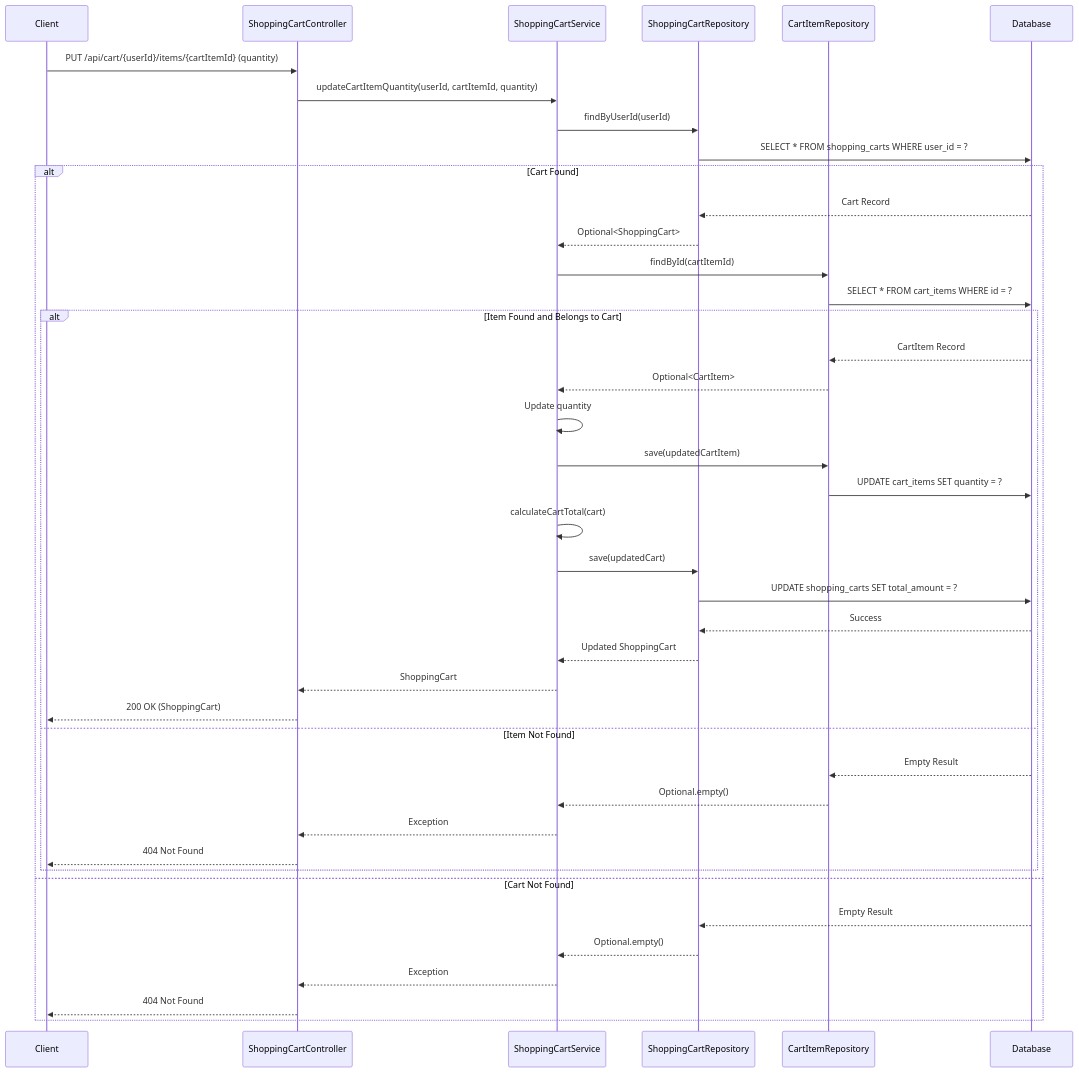
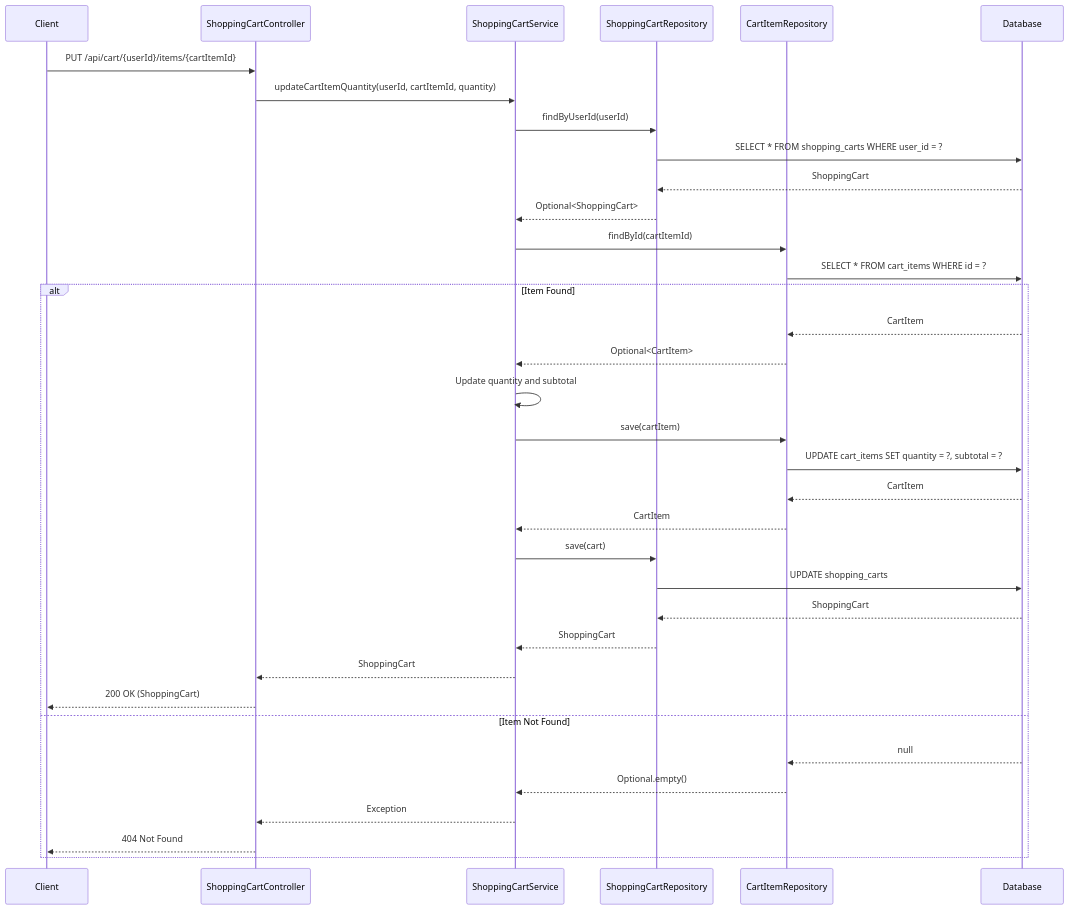
One commit to NavneetBN47/aava-ecom-demo changed diagram 12 of 13 in docs/LLD/modified_lld.md. Above: the diagram before and after it, drawn with Mermaid. The commit also changed other lines of this file, not shown here.

````diff
--- a/docs/LLD/modified_lld.md
+++ b/docs/LLD/modified_lld.md
@@ -434,46 +438,40 @@
 ```mermaid
 sequenceDiagram
     participant Client
     participant ShoppingCartController
     participant ShoppingCartService
     participant ShoppingCartRepository
     participant CartItemRepository
     participant Database
 
-    Client->>ShoppingCartController: PUT /api/cart/{userId}/items/{cartItemId} (quantity)
+    Client->>ShoppingCartController: PUT /api/cart/{userId}/items/{cartItemId}
     ShoppingCartController->>ShoppingCartService: updateCartItemQuantity(userId, cartItemId, quantity)
     ShoppingCartService->>ShoppingCartRepository: findByUserId(userId)
     ShoppingCartRepository->>Database: SELECT * FROM shopping_carts WHERE user_id = ?
+    Database-->>ShoppingCartRepository: ShoppingCart
+    ShoppingCartRepository-->>ShoppingCartService: Optional<ShoppingCart>
     
-    alt Cart Found
-        Database-->>ShoppingCartRepository: Cart Record
-        ShoppingCartRepository-->>ShoppingCartService: Optional<ShoppingCart>
-        ShoppingCartService->>CartItemRepository: findById(cartItemId)
-        CartItemRepository->>Database: SELECT * FROM cart_items WHERE id = ?
-        
-        alt Item Found and Belongs to Cart
-            Database-->>CartItemRepository: CartItem Record
-            CartItemRepository-->>ShoppingCartService: Optional<CartItem>
-            ShoppingCartService->>ShoppingCartService: Update quantity
-            ShoppingCartService->>CartItemRepository: save(updatedCartItem)
-            CartItemRepository->>Database: UPDATE cart_items SET quantity = ?
-            ShoppingCartService->>ShoppingCartService: calculateCartTotal(cart)
-            ShoppingCartService->>ShoppingCartRepository: save(updatedCart)
-            ShoppingCartRepository->>Database: UPDATE shopping_carts SET total_amount = ?
-            Database-->>ShoppingCartRepository: Success
-            ShoppingCartRepository-->>ShoppingCartService: Updated ShoppingCart
-            ShoppingCartService-->>ShoppingCartController: ShoppingCart
-            ShoppingCartController-->>Client: 200 OK (ShoppingCart)
-        else Item Not Found
-            Database-->>CartItemRepository: Empty Result
-            CartItemRepository-->>ShoppingCartService: Optional.empty()
-            ShoppingCartService-->>ShoppingCartController: Exception
-            ShoppingCartController-->>Client: 404 Not Found
-        end
-    else Cart Not Found
-        Database-->>ShoppingCartRepository: Empty Result
-        ShoppingCartRepository-->>ShoppingCartService: Optional.empty()
+    ShoppingCartService->>CartItemRepository: findById(cartItemId)
+    CartItemRepository->>Database: SELECT * FROM cart_items WHERE id = ?
+    
+    alt Item Found
+        Database-->>CartItemRepository: CartItem
+        CartItemRepository-->>ShoppingCartService: Optional<CartItem>
+        ShoppingCartService->>ShoppingCartService: Update quantity and subtotal
+        ShoppingCartService->>CartItemRepository: save(cartItem)
+        CartItemRepository->>Database: UPDATE cart_items SET quantity = ?, subtotal = ?
+        Database-->>CartItemRepository: CartItem
+        CartItemRepository-->>ShoppingCartService: CartItem
+        ShoppingCartService->>ShoppingCartRepository: save(cart)
+        ShoppingCartRepository->>Database: UPDATE shopping_carts
+        Database-->>ShoppingCartRepository: ShoppingCart
+        ShoppingCartRepository-->>ShoppingCartService: ShoppingCart
+        ShoppingCartService-->>ShoppingCartController: ShoppingCart
+        ShoppingCartController-->>Client: 200 OK (ShoppingCart)
+    else Item Not Found
+        Database-->>CartItemRepository: null
+        CartItemRepository-->>ShoppingCartService: Optional.empty()
         ShoppingCartService-->>ShoppingCartController: Exception
         ShoppingCartController-->>Client: 404 Not Found
     end
 ```
````
